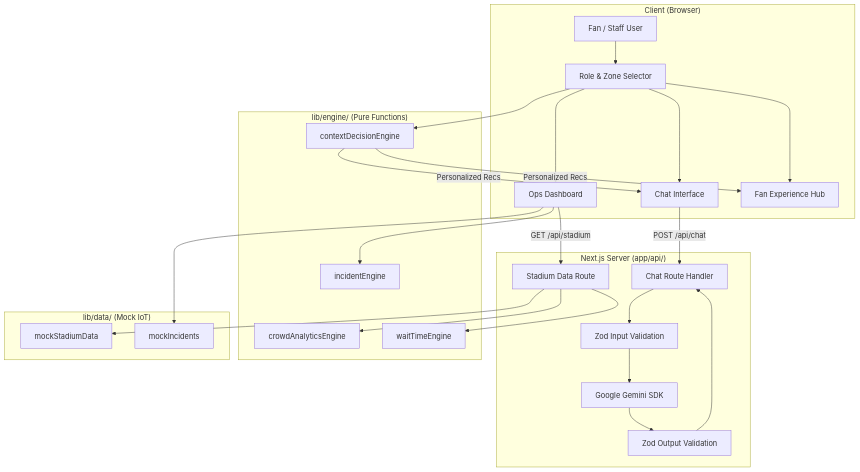
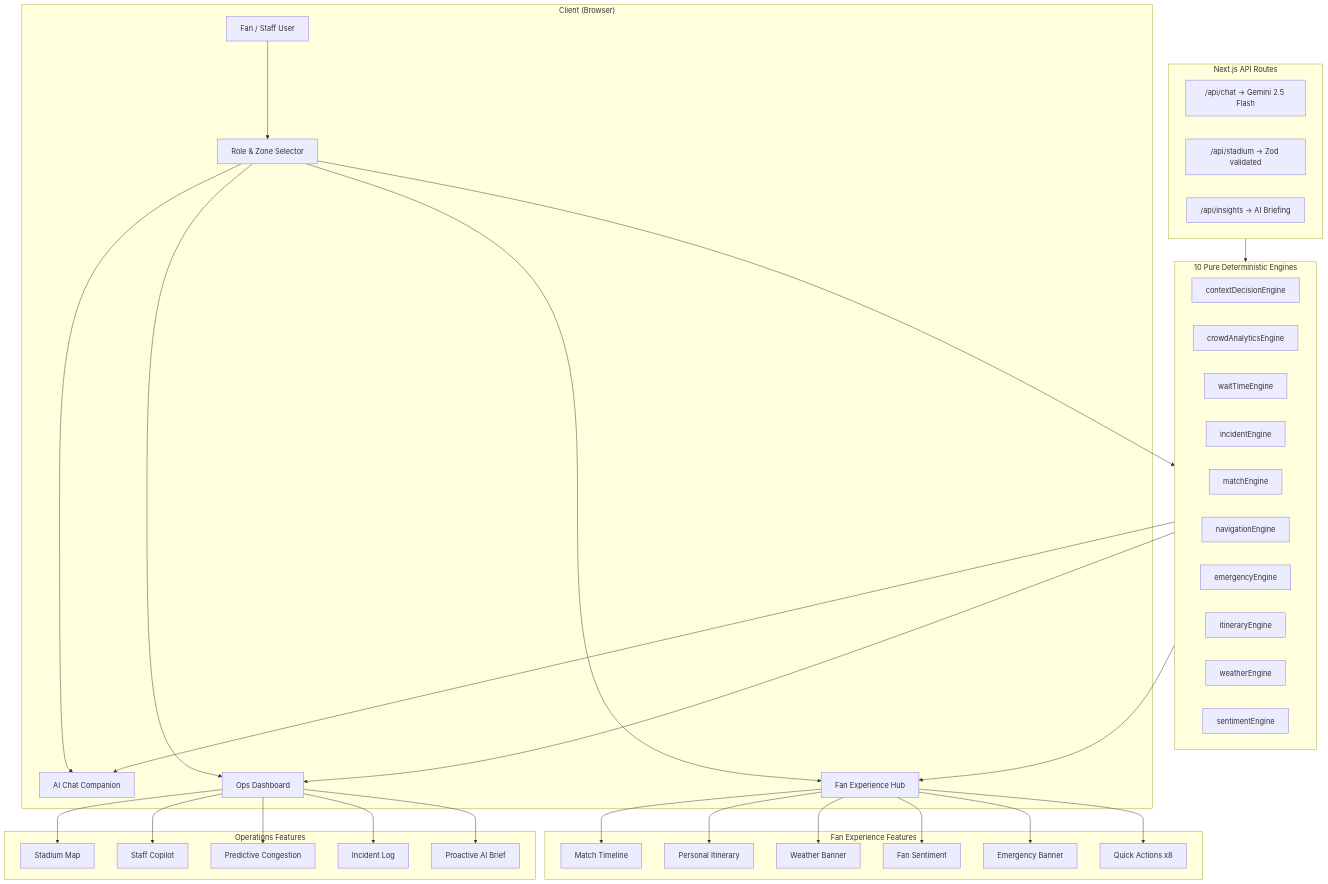
Before and after one commit to SuBhAm6G/PitchPilot: the diagram in README.md, drawn with Mermaid. The commit also changed other lines of this file and 36 other files, not shown here.

````diff
--- a/README.md
+++ b/README.md
@@ -80,39 +159,51 @@
 ```mermaid
 graph TD
-    subgraph Client ["Client (Browser)"]
+    subgraph Client["Client (Browser)"]
         A["Fan / Staff User"] --> B["Role & Zone Selector"]
-        B --> C["Chat Interface"]
+        B --> C["AI Chat Companion"]
         B --> D["Ops Dashboard"]
         B --> E["Fan Experience Hub"]
     end
 
-    subgraph Server ["Next.js Server (app/api/)"]
-        C -->|POST /api/chat| F["Chat Route Handler"]
-        D -->|GET /api/stadium| G["Stadium Data Route"]
-        F --> H["Zod Input Validation"]
-        H --> I["Google Gemini SDK"]
-        I --> J["Zod Output Validation"]
-        J --> F
+    subgraph FanFeatures["Fan Experience Features"]
+        E --> F1["Match Timeline"]
+        E --> F2["Personal Itinerary"]
+        E --> F3["Weather Banner"]
+        E --> F4["Fan Sentiment"]
+        E --> F5["Emergency Banner"]
+        E --> F6["Quick Actions x8"]
     end
 
-    subgraph Engine ["lib/engine/ (Pure Functions)"]
-        K["contextDecisionEngine"]
-        L["crowdAnalyticsEngine"]
-        M["incidentEngine"]
-        N["waitTimeEngine"]
+    subgraph OpsFeatures["Operations Features"]
+        D --> G1["Stadium Map"]
+        D --> G2["Staff Copilot"]
+        D --> G3["Predictive Congestion"]
+        D --> G4["Incident Log"]
+        D --> G5["Proactive AI Brief"]
     end
 
-    subgraph Data ["lib/data/ (Mock IoT)"]
-        O["mockStadiumData"]
-        P["mockIncidents"]
+    subgraph Engines["10 Pure Deterministic Engines"]
+        H1["contextDecisionEngine"]
+        H2["crowdAnalyticsEngine"]
+        H3["waitTimeEngine"]
+        H4["incidentEngine"]
+        H5["matchEngine"]
+        H6["navigationEngine"]
+        H7["emergencyEngine"]
+        H8["itineraryEngine"]
+        H9["weatherEngine"]
+        H10["sentimentEngine"]
     end
 
-    B --> K
-    K -->|Personalized Recs| C
-    K -->|Personalized Recs| E
-    G --> L
-    G --> N
-    G --> O
-    D --> P
-    D --> M
+    subgraph Server["Next.js API Routes"]
+        I1["/api/chat → Gemini 2.5 Flash"]
+        I2["/api/stadium → Zod validated"]
+        I3["/api/insights → AI Briefing"]
+    end
+
+    B --> Engines
+    Engines --> C
+    Engines --> E
+    Engines --> D
+    Server --> Engines
 ```
````
